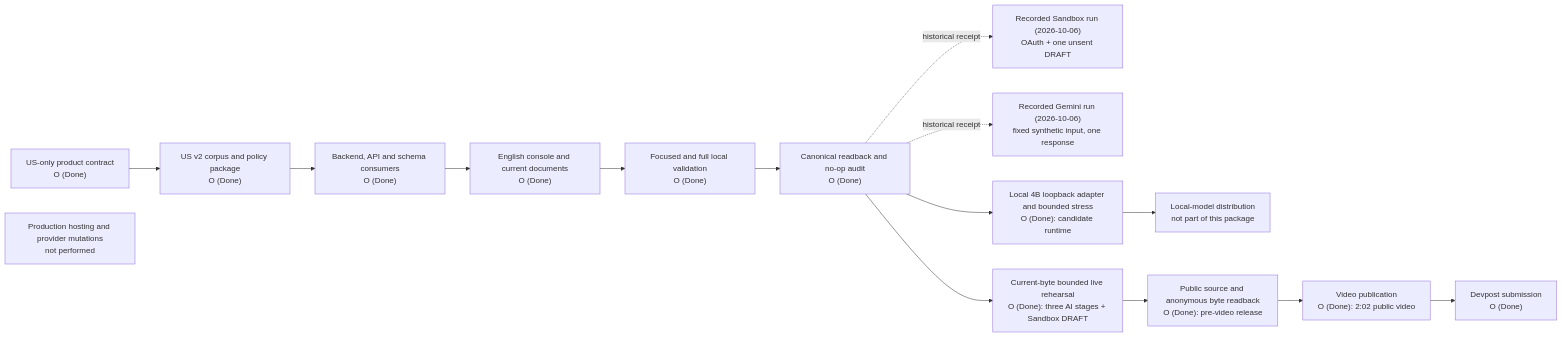
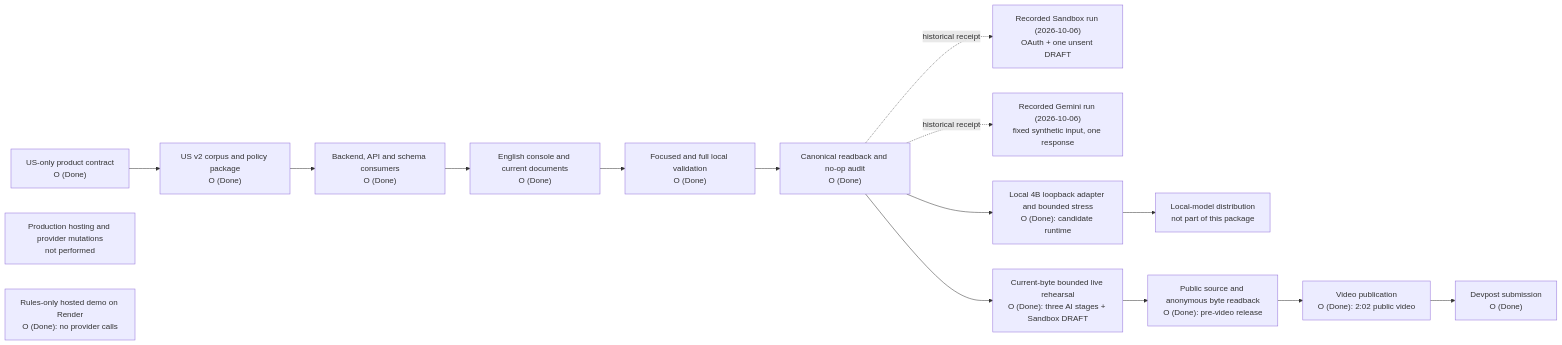
The first of 3 diagrams in docs/decisions/2026Q4/architecture.md (jiarong0423/payguard-ai), drawn with Mermaid before and after one commit. The commit also changed other lines of this file and 236 other files, not shown here.

````diff
--- a/docs/decisions/2026Q4/architecture.md
+++ b/docs/decisions/2026Q4/architecture.md
@@ -24,17 +24,18 @@
 ```mermaid
 flowchart LR
   A["US-only product contract<br/>O (Done)"] --> B["US v2 corpus and policy package<br/>O (Done)"]
   B --> C["Backend, API and schema consumers<br/>O (Done)"]
   C --> D["English console and current documents<br/>O (Done)"]
   D --> E["Focused and full local validation<br/>O (Done)"]
   E --> F["Canonical readback and no-op audit<br/>O (Done)"]
   F -. historical receipt .-> G["Recorded Sandbox run (2026-10-06)<br/>OAuth + one unsent DRAFT"]
   F -. historical receipt .-> H["Recorded Gemini run (2026-10-06)<br/>fixed synthetic input, one response"]
   F --> K["Local 4B loopback adapter and bounded stress<br/>O (Done): candidate runtime"]
   K --> L["Local-model distribution<br/>not part of this package"]
   F --> N["Current-byte bounded live rehearsal<br/>O (Done): three AI stages + Sandbox DRAFT"]
   N --> I["Public source and anonymous byte readback<br/>O (Done): pre-video release"]
   I --> M["Video publication<br/>O (Done): 2:02 public video"]
   M --> P["Devpost submission<br/>O (Done)"]
   J["Production hosting and provider mutations<br/>not performed"]
+  Q["Rules-only hosted demo on Render<br/>O (Done): no provider calls"]
 ```
````
